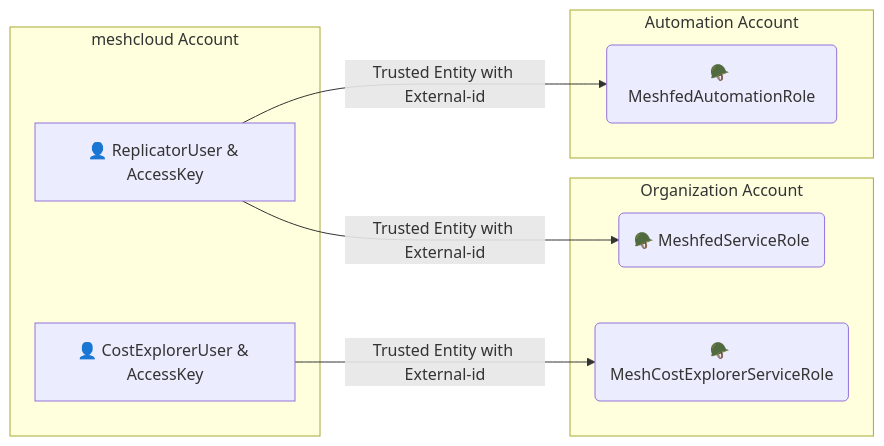
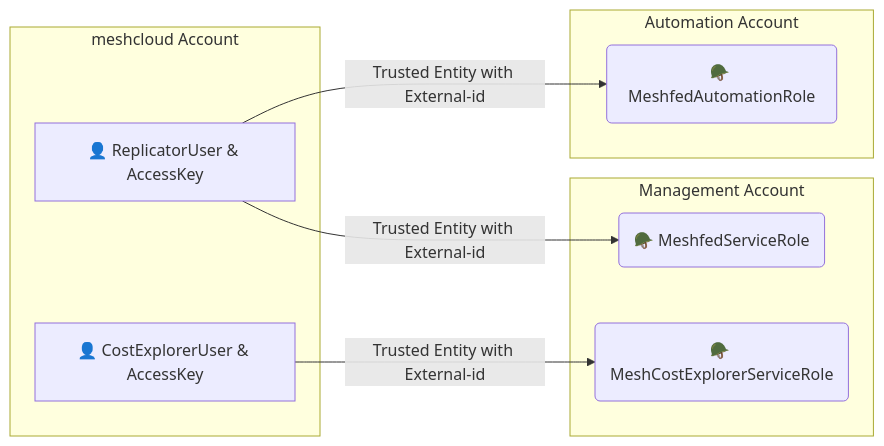
One commit to meshcloud/terraform-aws-meshplatform changed the diagram in README.md. Above: the diagram before and after it, drawn with Mermaid.

````diff
--- a/README.md
+++ b/README.md
@@ -25,17 +25,17 @@
 ```mermaid
 graph LR;
-    subgraph Organization Account
+    subgraph Management Account
         meshfedServiceRole("🪖 MeshfedServiceRole");
         costExplorerServiceRole("🪖 MeshCostExplorerServiceRole");
     end
     subgraph meshcloud Account
         replicatorUser["👤 ReplicatorUser & AccessKey"];
         costExplorerUser["👤 CostExplorerUser & AccessKey"];
     end
     replicatorUser--Trusted Entity with External-id-->meshfedServiceRole;
     costExplorerUser--Trusted Entity with External-id-->costExplorerServiceRole;
     subgraph Automation Account
         meshfedAutomationRole("🪖 MeshfedAutomationRole");
     end
     replicatorUser--Trusted Entity with External-id-->meshfedAutomationRole
 ```
````
